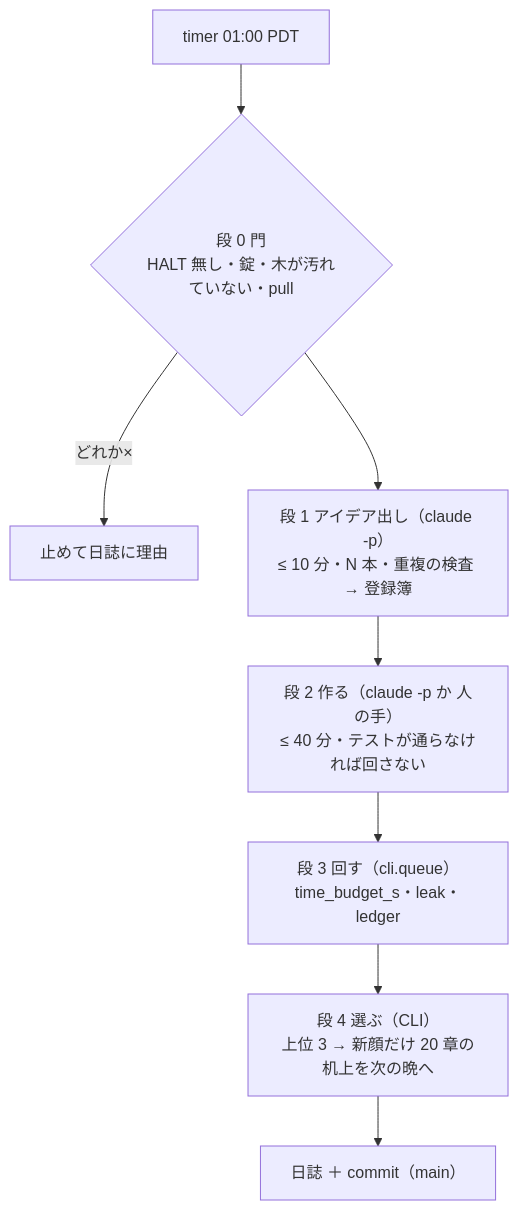
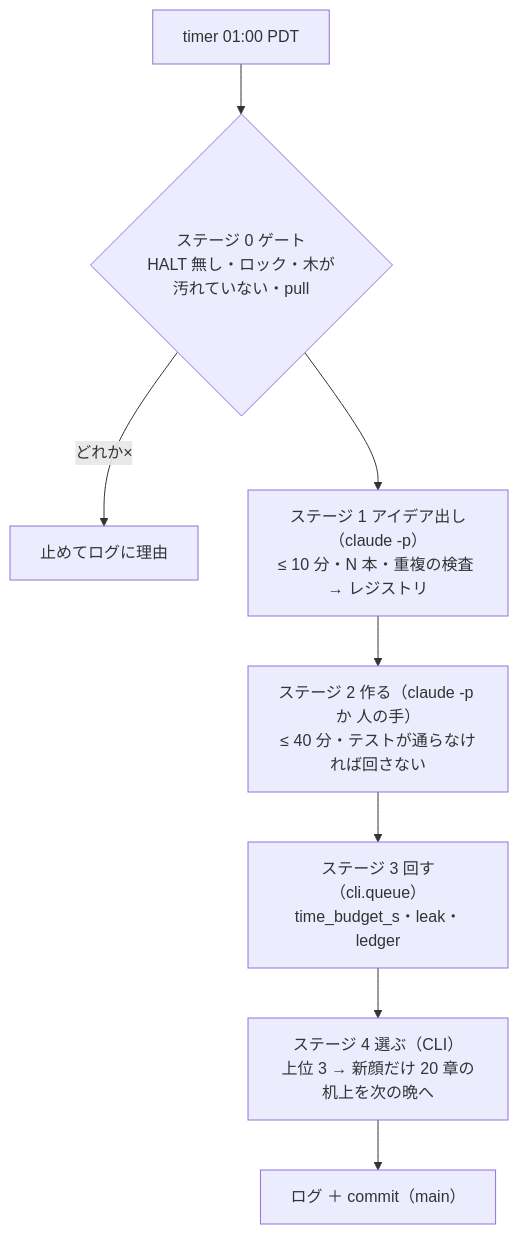
The second of 2 diagrams in docs/plans/daily-dev-loop.md (akiraak/ai-income-lab), drawn with Mermaid before and after one commit. The commit also changed other lines of this file and 45 other files, not shown here.

````diff
--- a/docs/plans/daily-dev-loop.md
+++ b/docs/plans/daily-dev-loop.md
@@ -48,10 +48,10 @@
 ```mermaid
 flowchart TB
-  T0["timer 01:00 PDT"] --> G{"段 0 門<br/>HALT 無し・錠・木が汚れていない・pull"}
-  G -->|"どれか×"| X["止めて日誌に理由"]
-  G --> S1["段 1 アイデア出し（claude -p）<br/>≤ 10 分・N 本・重複の検査 → 登録簿"]
-  S1 --> S2["段 2 作る（claude -p か 人の手）<br/>≤ 40 分・テストが通らなければ回さない"]
-  S2 --> S3["段 3 回す（cli.queue）<br/>time_budget_s・leak・ledger"]
-  S3 --> S4["段 4 選ぶ（CLI）<br/>上位 3 → 新顔だけ 20 章の机上を次の晩へ"]
-  S4 --> J["日誌 ＋ commit（main）"]
+  T0["timer 01:00 PDT"] --> G{"ステージ 0 ゲート<br/>HALT 無し・ロック・木が汚れていない・pull"}
+  G -->|"どれか×"| X["止めてログに理由"]
+  G --> S1["ステージ 1 アイデア出し（claude -p）<br/>≤ 10 分・N 本・重複の検査 → レジストリ"]
+  S1 --> S2["ステージ 2 作る（claude -p か 人の手）<br/>≤ 40 分・テストが通らなければ回さない"]
+  S2 --> S3["ステージ 3 回す（cli.queue）<br/>time_budget_s・leak・ledger"]
+  S3 --> S4["ステージ 4 選ぶ（CLI）<br/>上位 3 → 新顔だけ 20 章の机上を次の晩へ"]
+  S4 --> J["ログ ＋ commit（main）"]
 ```
````
